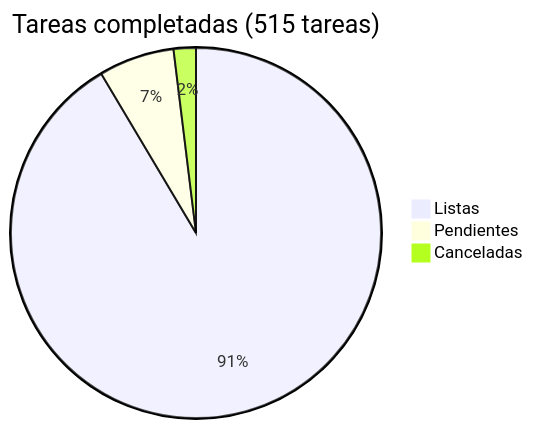
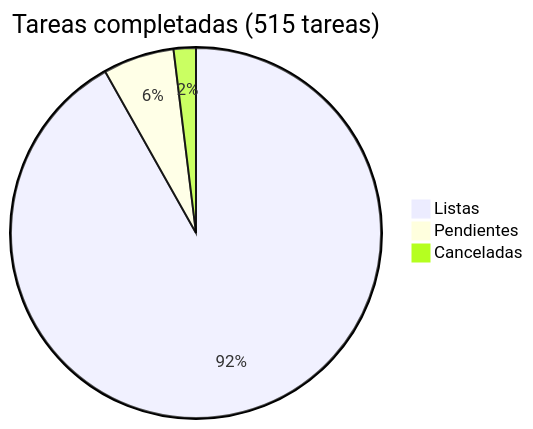
The diagram in docs/roadmap/README.md (araguaney-lat/araguaney), drawn with Mermaid before and after one commit. The commit also changed other lines of this file and 1 other file, not shown here.

Commit message:
docs: close phase 29 tasks 9 and 10, araguaney.lat now redirects to .org

````diff
--- a/docs/roadmap/README.md
+++ b/docs/roadmap/README.md
@@ -5,6 +5,6 @@
 ```mermaid
 pie title Tareas completadas (515 tareas)
-    "Listas" : 471
-    "Pendientes" : 34
+    "Listas" : 473
+    "Pendientes" : 32
     "Canceladas" : 10
 ```
````
